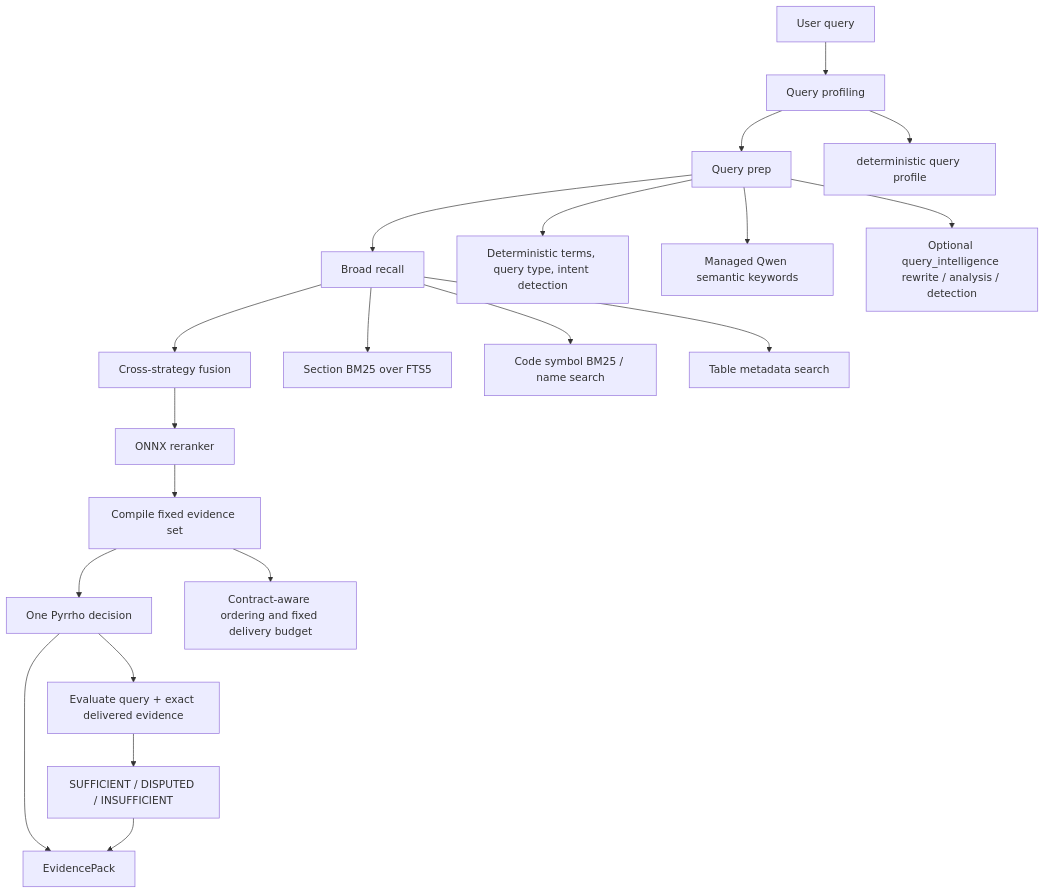
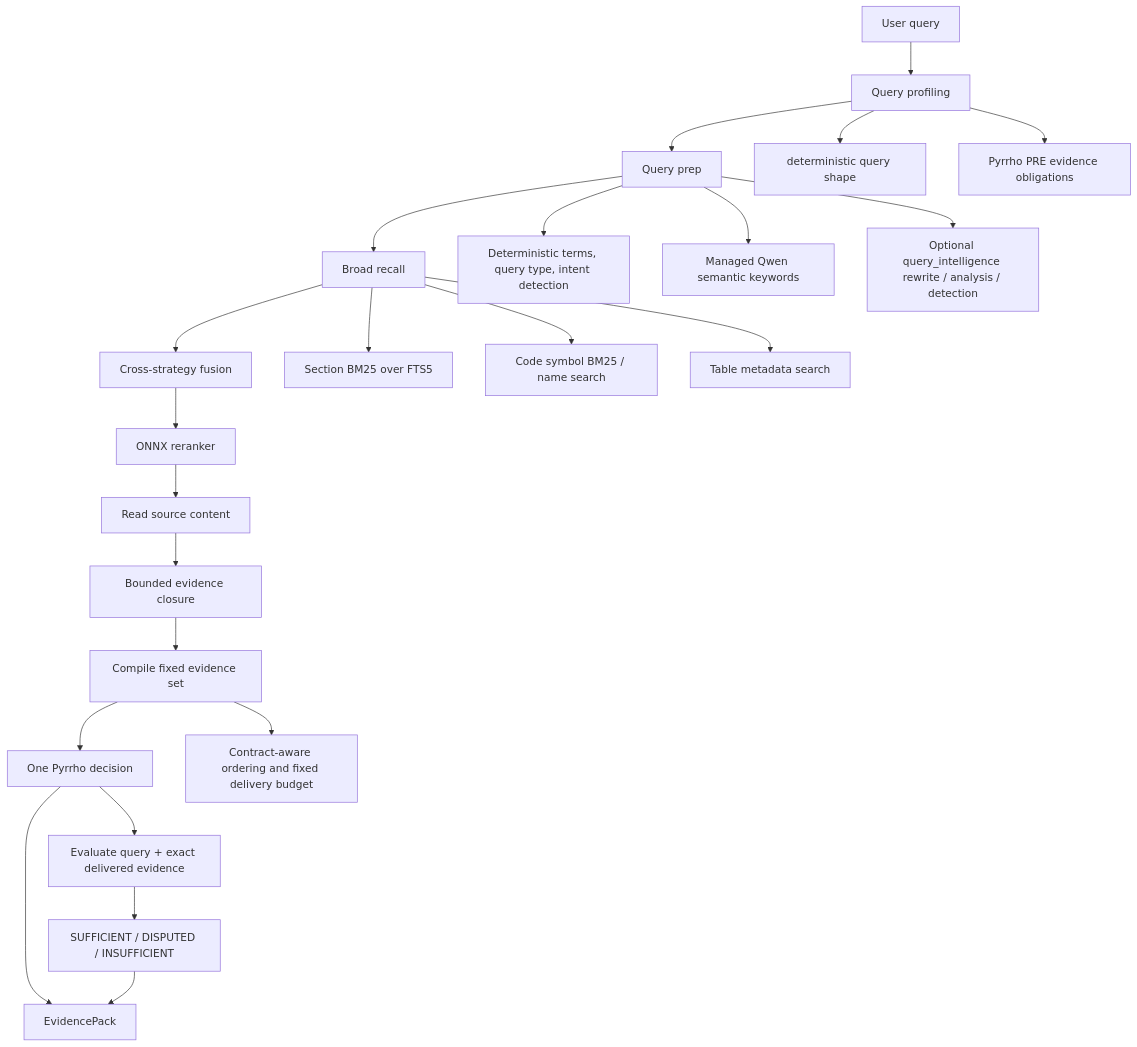
One commit to yafitzdev/fitz changed the second of 4 diagrams in docs/RETRIEVAL_PIPELINE.md. Above: the diagram before and after it, drawn with Mermaid. The commit also changed other lines of this file and 139 other files, not shown here.

````diff
--- a/docs/RETRIEVAL_PIPELINE.md
+++ b/docs/RETRIEVAL_PIPELINE.md
@@ -65,26 +65,29 @@
 ```mermaid
 flowchart TD
     Q["User query"] --> C["Query profiling"]
     C --> P["Query prep"]
     P --> R["Broad recall"]
     R --> X["Cross-strategy fusion"]
     X --> K["ONNX reranker"]
-    K --> F["Compile fixed evidence set"]
+    K --> D["Read source content"]
+    D --> B["Bounded evidence closure"]
+    B --> F["Compile fixed evidence set"]
     F --> G["One Pyrrho decision"]
     G --> E["EvidencePack"]
 
-    C --> C1["deterministic query profile"]
+    C --> C1["deterministic query shape"]
+    C --> C2["Pyrrho PRE evidence obligations"]
 
     P --> P1["Deterministic terms, query type, intent detection"]
     P --> P2["Managed Qwen semantic keywords"]
     P --> P3["Optional query_intelligence rewrite / analysis / detection"]
 
     R --> R1["Section BM25 over FTS5"]
     R --> R2["Code symbol BM25 / name search"]
     R --> R3["Table metadata search"]
 
     F --> F1["Contract-aware ordering and fixed delivery budget"]
     G --> G1["Evaluate query + exact delivered evidence"]
     G1 --> G2["SUFFICIENT / DISPUTED / INSUFFICIENT"]
     G2 --> E
 ```
````
